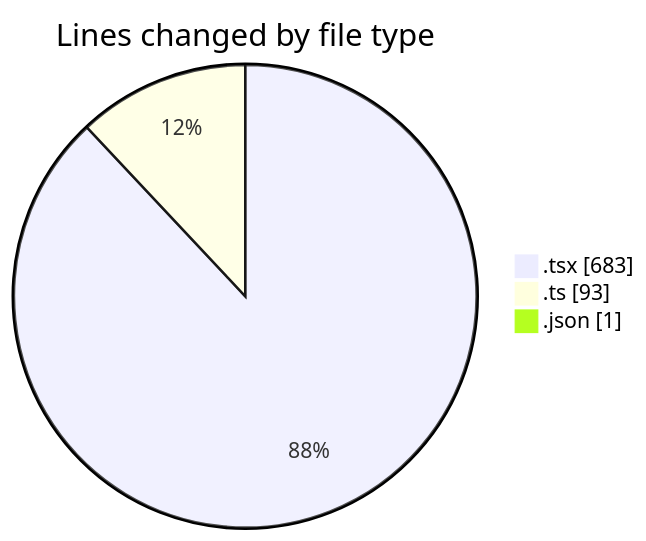
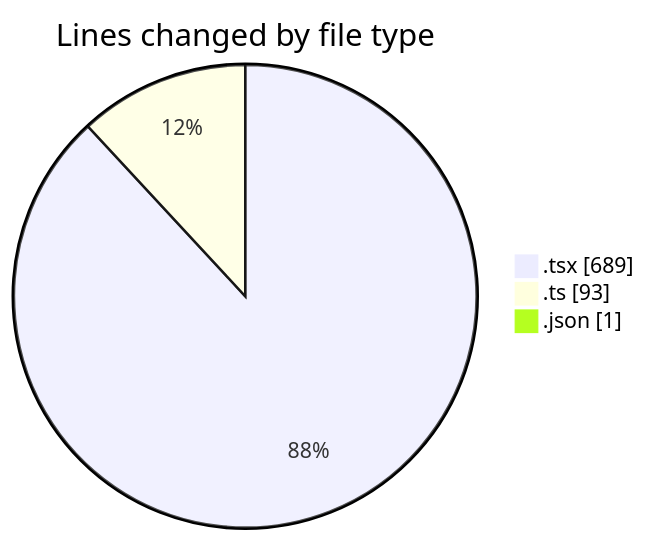
One commit to momahboobian/code-tracking changed the first of 2 diagrams in 2026-09-17/cda/README.md. Above: the diagram before and after it, drawn with Mermaid. The commit also changed other lines of this file and 1 other file, not shown here.

````diff
--- a/2026-09-17/cda/README.md
+++ b/2026-09-17/cda/README.md
@@ -31,7 +31,7 @@
 ```mermaid
 pie showData
 title Lines changed by file type
-".tsx" : 683
+".tsx" : 689
 ".ts" : 93
 ".json" : 1
 ```
````
